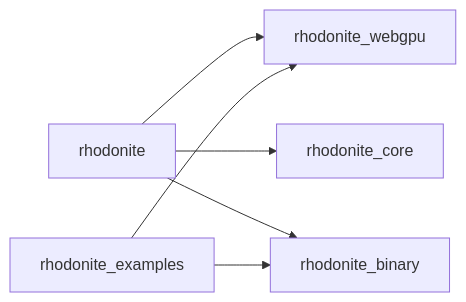
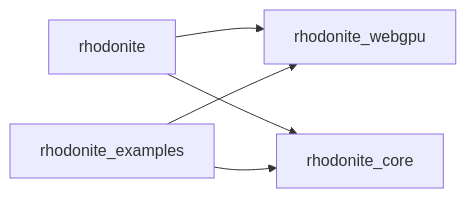
Before and after one commit to emadurandal/RhodoniteMBT: the diagram in docs/module_boundaries.md, drawn with Mermaid. The commit also changed other lines of this file and 16 other files, not shown here.

First line of the commit message:
refactor: Remove rhodonite_binary module and update related documentation

````diff
--- a/docs/module_boundaries.md
+++ b/docs/module_boundaries.md
@@ -29,13 +27,11 @@
 ```mermaid
 flowchart LR
   facade["rhodonite"]
   webgpu["rhodonite_webgpu"]
   core["rhodonite_core"]
-  binary["rhodonite_binary"]
   examples["rhodonite_examples"]
   facade --> webgpu
   facade --> core
-  facade --> binary
   examples --> webgpu
-  examples --> binary
+  examples --> core
 ```
````
